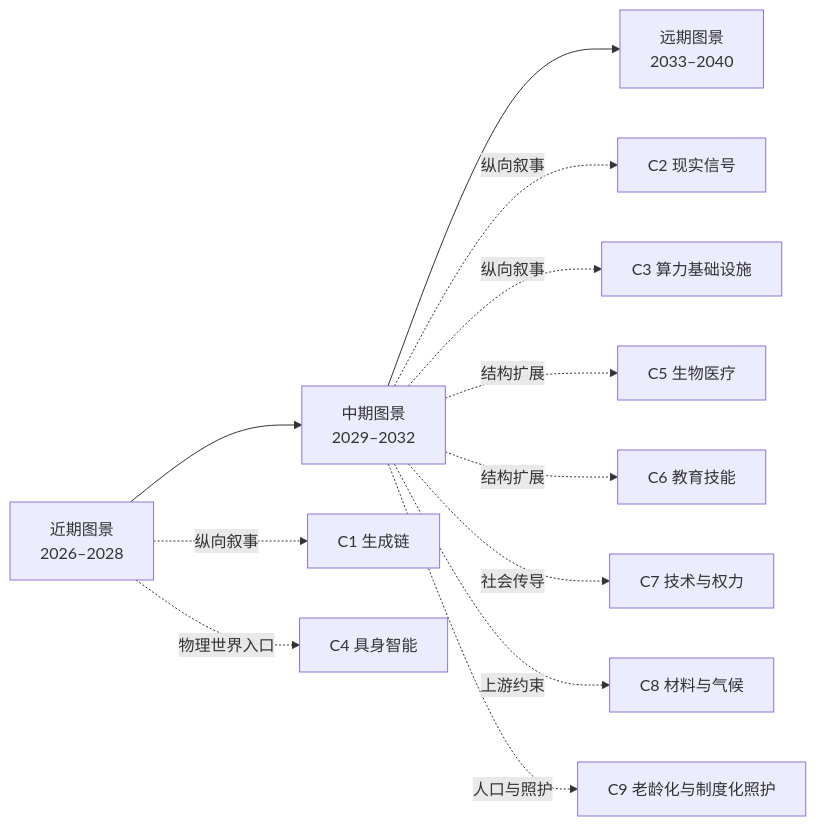
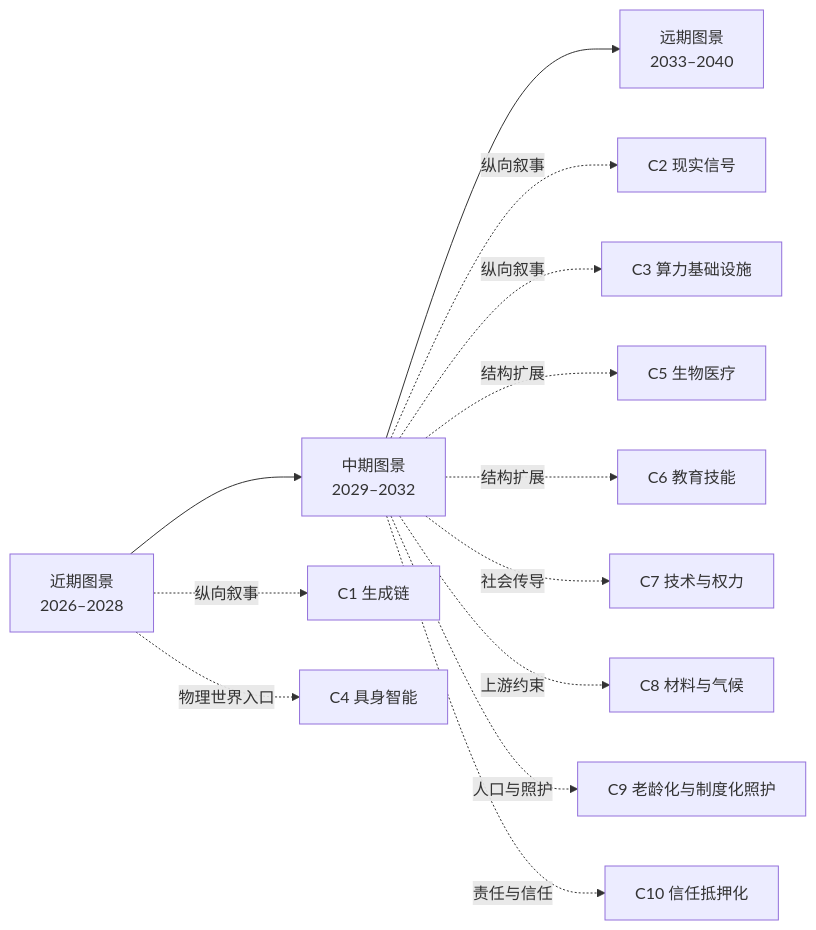
Before and after one commit to SenZhangAI/foresight-by-ai: the diagram in README.md, drawn with Mermaid. The commit also changed other lines of this file and 3 other files, not shown here.

````diff
--- a/README.md
+++ b/README.md
@@ -66,14 +67,15 @@
 ```mermaid
 flowchart LR
   N[近期图景\n2026–2028] --> M[中期图景\n2029–2032]
   M --> F[远期图景\n2033–2040]
   N -.纵向叙事.-> C1[C1 生成链]
   M -.纵向叙事.-> C2[C2 现实信号]
   M -.纵向叙事.-> C3[C3 算力基础设施]
   N -.物理世界入口.-> C4[C4 具身智能]
   M -.结构扩展.-> C5[C5 生物医疗]
   M -.结构扩展.-> C6[C6 教育技能]
   M -.社会传导.-> C7[C7 技术与权力]
   M -.上游约束.-> C8[C8 材料与气候]
   M -.人口与照护.-> C9[C9 老龄化与制度化照护]
+  M -.责任与信任.-> C10[C10 信任抵押化]
 ```
````
